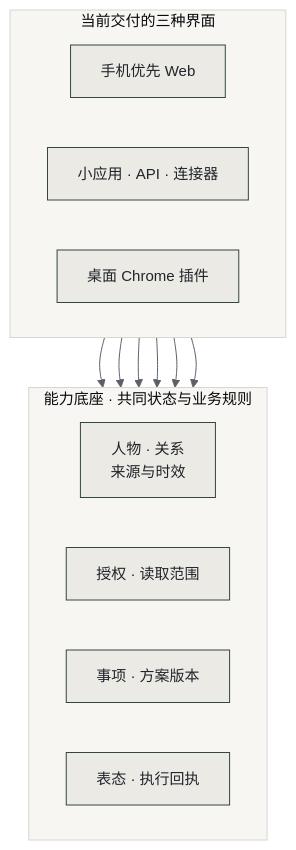
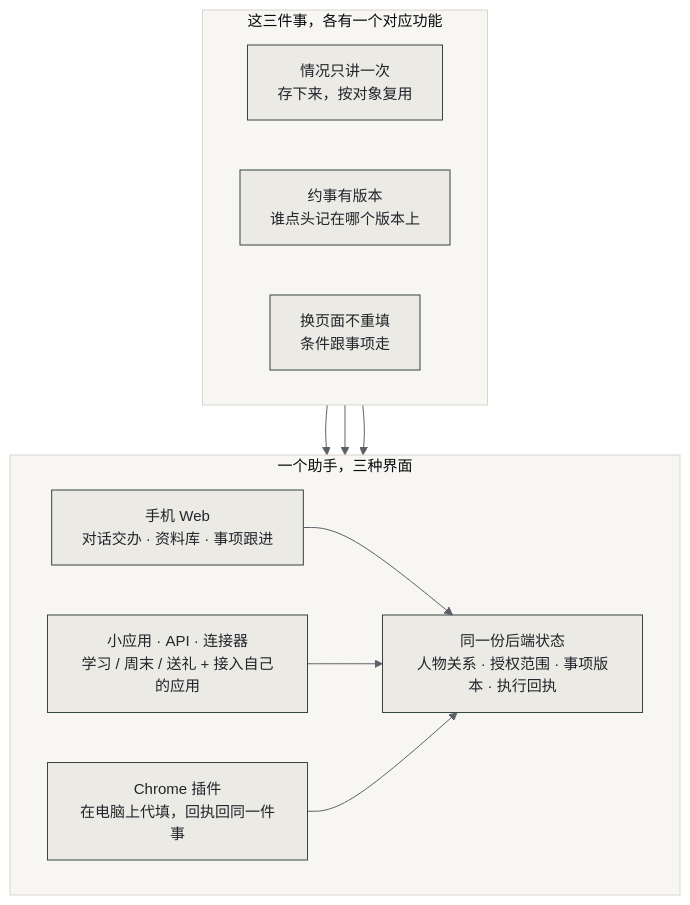
Before and after one commit to larisfavour-lang/personal-ai-hackathon: the first of 4 diagrams in README.md, drawn with Mermaid. The commit also changed other lines of this file and 6 other files, not shown here.

Commit message:
feat: server-side ASR via Step audio chat model; README diagrams and gift screenshot

````diff
--- a/README.md
+++ b/README.md
@@ -35,23 +35,23 @@
 ```mermaid
 %%{init: {"theme":"base","themeVariables":{"background":"#f7f6f3","mainBkg":"#eceae4","primaryColor":"#eceae4","primaryTextColor":"#20242b","primaryBorderColor":"#34463f","secondaryColor":"#eef1ee","secondaryBorderColor":"#8a9a92","tertiaryColor":"#f7f6f3","tertiaryBorderColor":"#d9d6cf","lineColor":"#5b6068","textColor":"#20242b","fontFamily":"PingFang SC, Microsoft YaHei, sans-serif","fontSize":"15px","clusterBkg":"#f7f6f3","clusterBorder":"#d9d6cf","edgeLabelBackground":"#f7f6f3","nodeBorder":"#34463f","actorBkg":"#eceae4","actorBorder":"#34463f","actorTextColor":"#20242b","signalColor":"#5b6068","signalTextColor":"#20242b","noteBkgColor":"#eef1ee","noteTextColor":"#20242b","noteBorderColor":"#8a9a92","labelBoxBkgColor":"#eceae4","labelBoxBorderColor":"#34463f","labelTextColor":"#20242b","sequenceNumberColor":"#f7f6f3","activationBkgColor":"#eef1ee","activationBorderColor":"#8a9a92"}}}%%
 flowchart TB
-  subgraph BASE["能力底座 · 共同状态与业务规则"]
+  subgraph PROB["这三件事，各有一个对应功能"]
     direction LR
-    P["人物 · 关系<br/>来源与时效"]
-    A["授权 · 读取范围"]
-    V["事项 · 方案版本"]
-    D["表态 · 执行回执"]
+    P1["情况只讲一次<br/>存下来，按对象复用"]
+    P2["约事有版本<br/>谁点头记在哪个版本上"]
+    P3["换页面不重填<br/>条件跟事项走"]
   end
-  subgraph FORM["当前交付的三种界面"]
+  subgraph SYS["一个助手，三种界面"]
     direction LR
-    W["手机优先 Web"]
-    APPS["小应用 · API · 连接器"]
-    EXT["桌面 Chrome 插件"]
+    W["手机 Web<br/>对话交办 · 资料库 · 事项跟进"]
+    APPS["小应用 · API · 连接器<br/>学习 / 周末 / 送礼 + 接入自己的应用"]
+    EXT["Chrome 插件<br/>在电脑上代填，回执回同一件事"]
+    BASE["同一份后端状态<br/>人物关系 · 授权范围 · 事项版本 · 执行回执"]
   end
-  W --> P
-  APPS --> A
-  EXT --> D
-  W --> V
-  APPS --> V
-  EXT --> V
+  P1 --> W
+  P2 --> W
+  P3 --> EXT
+  W --> BASE
+  APPS --> BASE
+  EXT --> BASE
 ```
````
